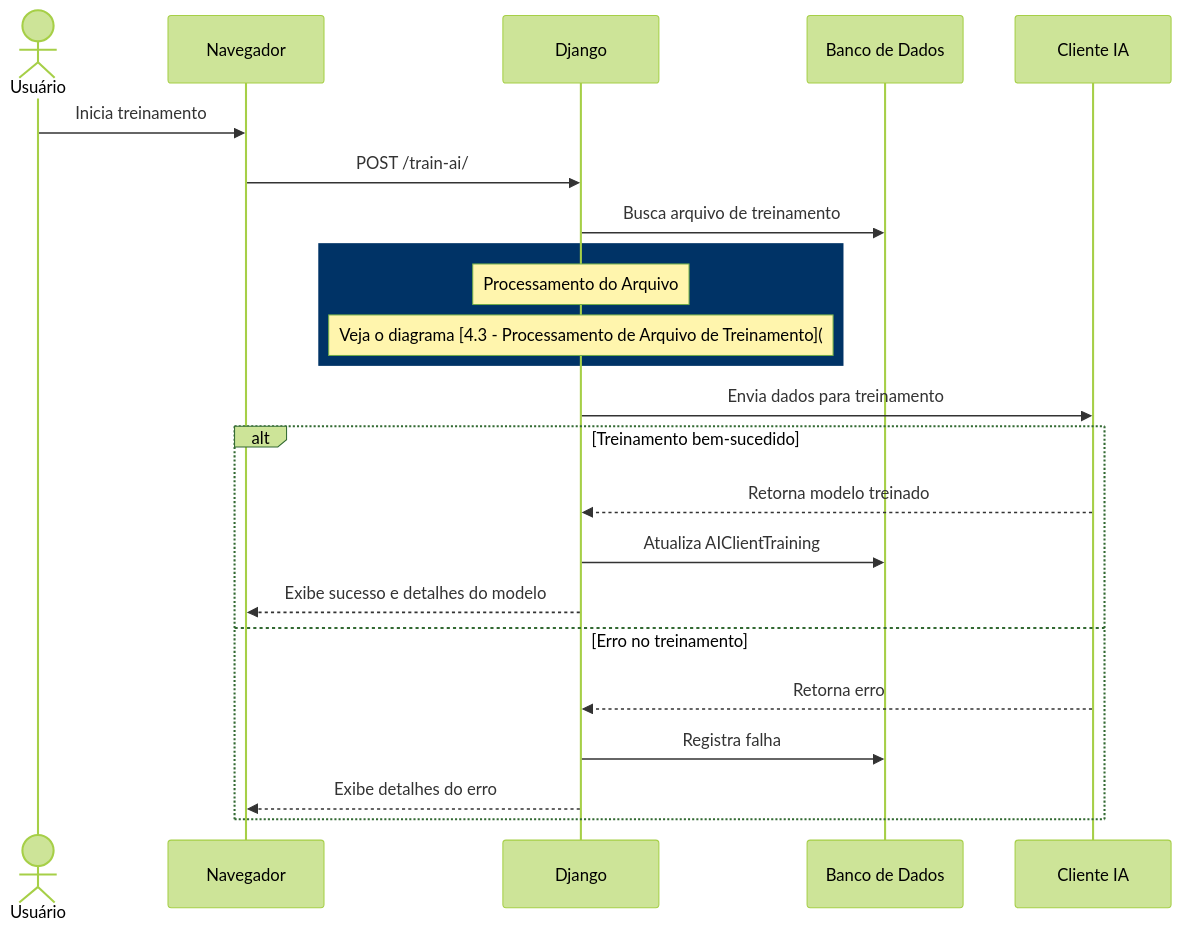
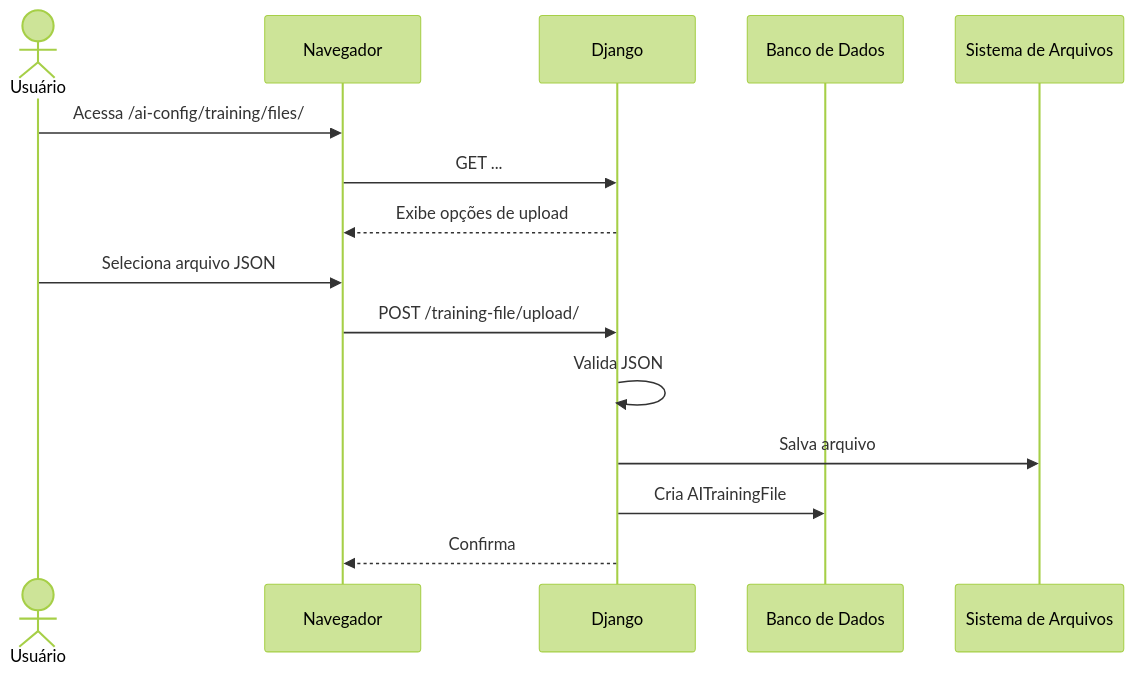
Before and after one commit to diegogrosmann/EnsinaNet.AI: diagram 12 of 33 in README.md, drawn with Mermaid (forest theme). The commit also changed other lines of this file and 52 other files, not shown here.

Commit message:
Remove arquivos desnecessários e adiciona novos módulos; implementa sinais para a API e atualiza exceções personalizadas.

````diff
--- a/README.md
+++ b/README.md
@@ -853,29 +777,19 @@
 ```mermaid
 sequenceDiagram
     actor U as Usuário
     participant N as Navegador
     participant D as Django
     participant DB as Banco de Dados
-    participant IA as Cliente IA
+    participant FS as Sistema de Arquivos
 
-    U->>N: Inicia treinamento
-    N->>D: POST /train-ai/
-    D->>DB: Busca arquivo de treinamento
-    
-    rect rgb(0, 51, 102)
-        Note over D: Processamento do Arquivo
-        Note over D: Veja o diagrama [4.3 - Processamento de Arquivo de Treinamento](#processamento-de-arquivo-de-treinamento)
-    end
-    
-    D->>IA: Envia dados para treinamento
-    
-    alt Treinamento bem-sucedido
-        IA-->>D: Retorna modelo treinado
-        D->>DB: Atualiza AIClientTraining
-        D-->>N: Exibe sucesso e detalhes do modelo
-    else Erro no treinamento
-        IA-->>D: Retorna erro
-        D->>DB: Registra falha
-        D-->>N: Exibe detalhes do erro
-    end
+    U->>N: Acessa /ai-config/training/files/
+    N->>D: GET ...
+    D-->>N: Exibe opções de upload
+
+    U->>N: Seleciona arquivo JSON
+    N->>D: POST /training-file/upload/
+    D->>D: Valida JSON
+    D->>FS: Salva arquivo
+    D->>DB: Cria AITrainingFile
+    D-->>N: Confirma
 ```
````
